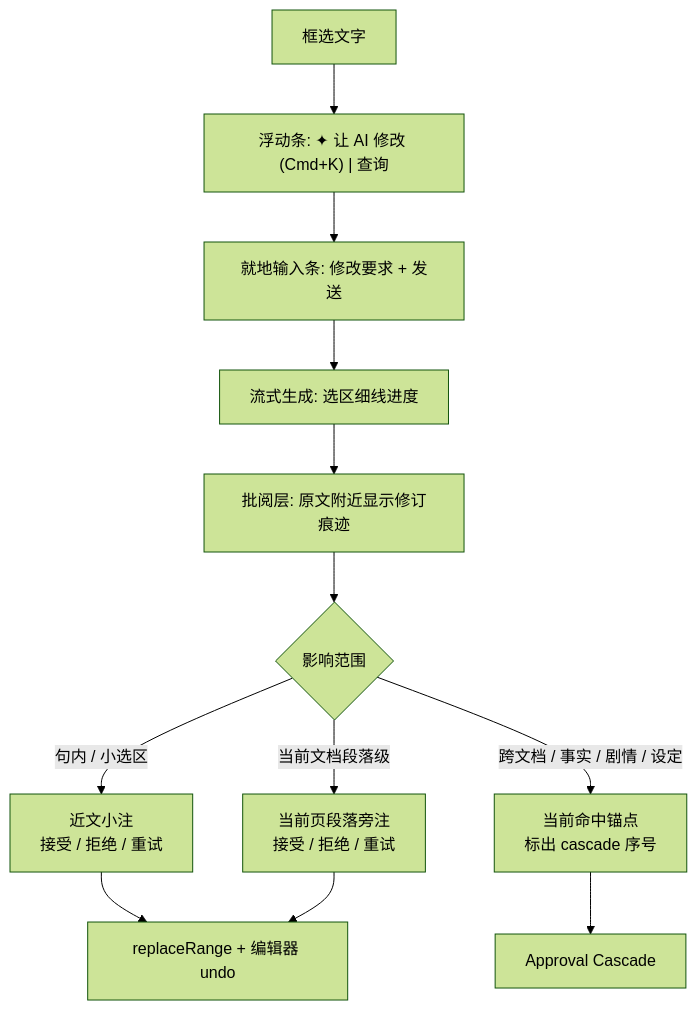
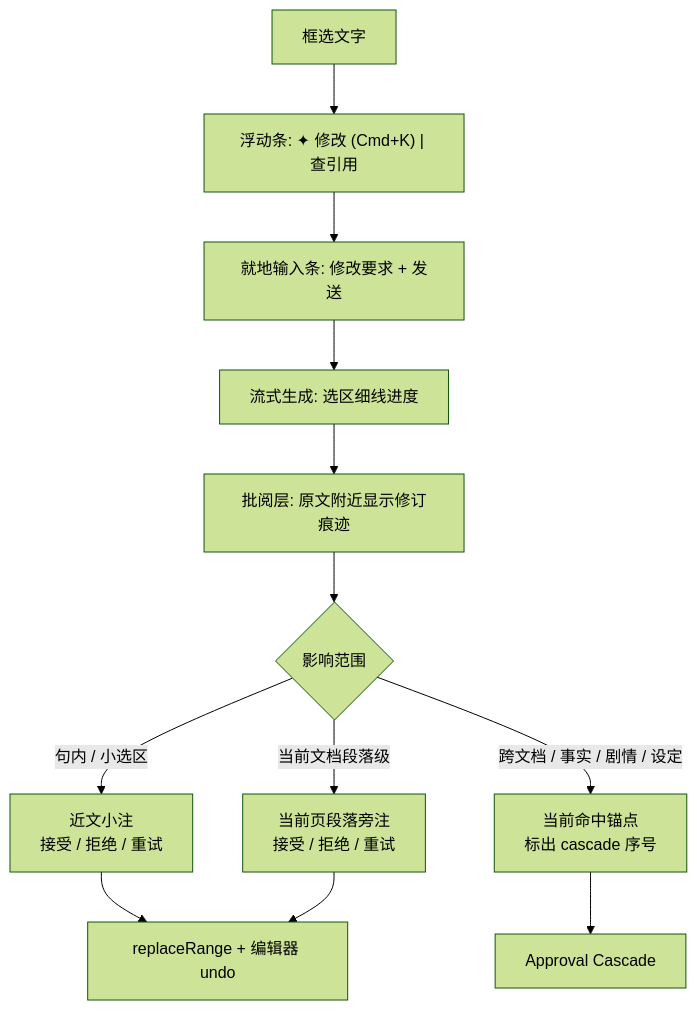
One commit to jinhuang712/open-novel changed the third of 3 diagrams in design/06-command-palette.md. Above: the diagram before and after it, drawn with Mermaid (forest theme). The commit also changed other lines of this file and 79 other files, not shown here.

````diff
--- a/design/06-command-palette.md
+++ b/design/06-command-palette.md
@@ -58,14 +59,14 @@
 ```mermaid
 flowchart TB
-  SEL[框选文字] --> BTN["浮动条: ✦ 让 AI 修改 (Cmd+K) | 查询"]
+  SEL[框选文字] --> BTN["浮动条: ✦ 修改 (Cmd+K) | 查引用"]
   BTN --> INPUT["就地输入条: 修改要求 + 发送"]
   INPUT --> GEN["流式生成: 选区细线进度"]
   GEN --> REVIEW["批阅层: 原文附近显示修订痕迹"]
   REVIEW --> SCOPE{影响范围}
   SCOPE -->|句内 / 小选区| INLINE["近文小注<br/>接受 / 拒绝 / 重试"]
   SCOPE -->|当前文档段落级| MARGIN["当前页段落旁注<br/>接受 / 拒绝 / 重试"]
   SCOPE -->|跨文档 / 事实 / 剧情 / 设定| ANCHOR["当前命中锚点<br/>标出 cascade 序号"]
   INLINE --> APPLY[replaceRange + 编辑器 undo]
   MARGIN --> APPLY
   ANCHOR --> CASCADE[Approval Cascade]
 ```
````
